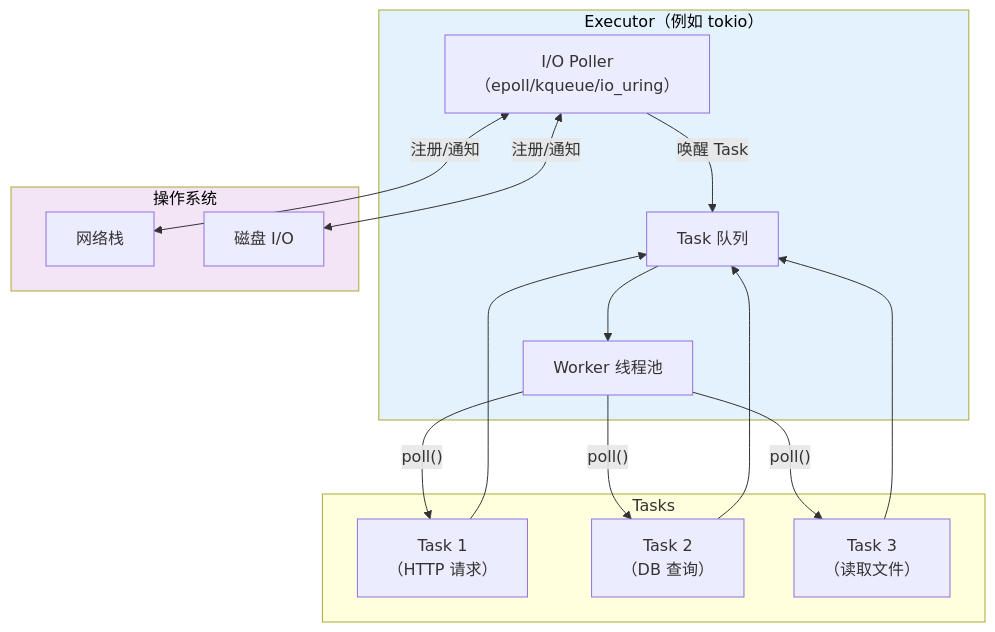
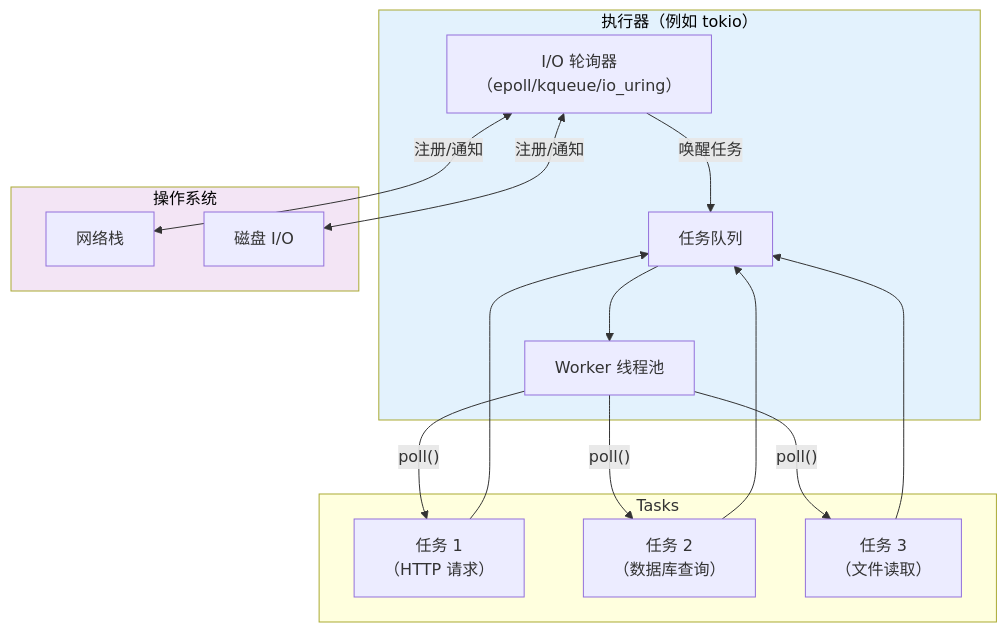
Before and after one commit to hearsay316/RustTraining: the first of 3 diagrams in async-book/src-zh/ch07-executors-and-runtimes.md, drawn with Mermaid. The commit also changed other lines of this file and 20 other files, not shown here.

````diff
--- a/async-book/src-zh/ch07-executors-and-runtimes.md
+++ b/async-book/src-zh/ch07-executors-and-runtimes.md
@@ -15,33 +15,33 @@
 ```mermaid
 graph TB
-    subgraph Executor["Executor（例如 tokio）"]
-        QUEUE["Task 队列"]
-        POLLER["I/O Poller<br/>（epoll/kqueue/io_uring）"]
+    subgraph Executor["执行器（例如 tokio）"]
+        QUEUE["任务队列"]
+        POLLER["I/O 轮询器<br/>（epoll/kqueue/io_uring）"]
         THREADS["Worker 线程池"]
     end
 
     subgraph Tasks
-        T1["Task 1<br/>（HTTP 请求）"]
-        T2["Task 2<br/>（DB 查询）"]
-        T3["Task 3<br/>（读取文件）"]
+        T1["任务 1<br/>（HTTP 请求）"]
+        T2["任务 2<br/>（数据库查询）"]
+        T3["任务 3<br/>（文件读取）"]
     end
 
     subgraph OS["操作系统"]
         NET["网络栈"]
         DISK["磁盘 I/O"]
     end
 
     T1 --> QUEUE
     T2 --> QUEUE
     T3 --> QUEUE
     QUEUE --> THREADS
     THREADS -->|"poll()"| T1
     THREADS -->|"poll()"| T2
     THREADS -->|"poll()"| T3
     POLLER <-->|"注册/通知"| NET
     POLLER <-->|"注册/通知"| DISK
-    POLLER -->|"唤醒 Task"| QUEUE
+    POLLER -->|"唤醒任务"| QUEUE
 
     style Executor fill:#e3f2fd,color:#000
     style OS fill:#f3e5f5,color:#000
 ```
````
